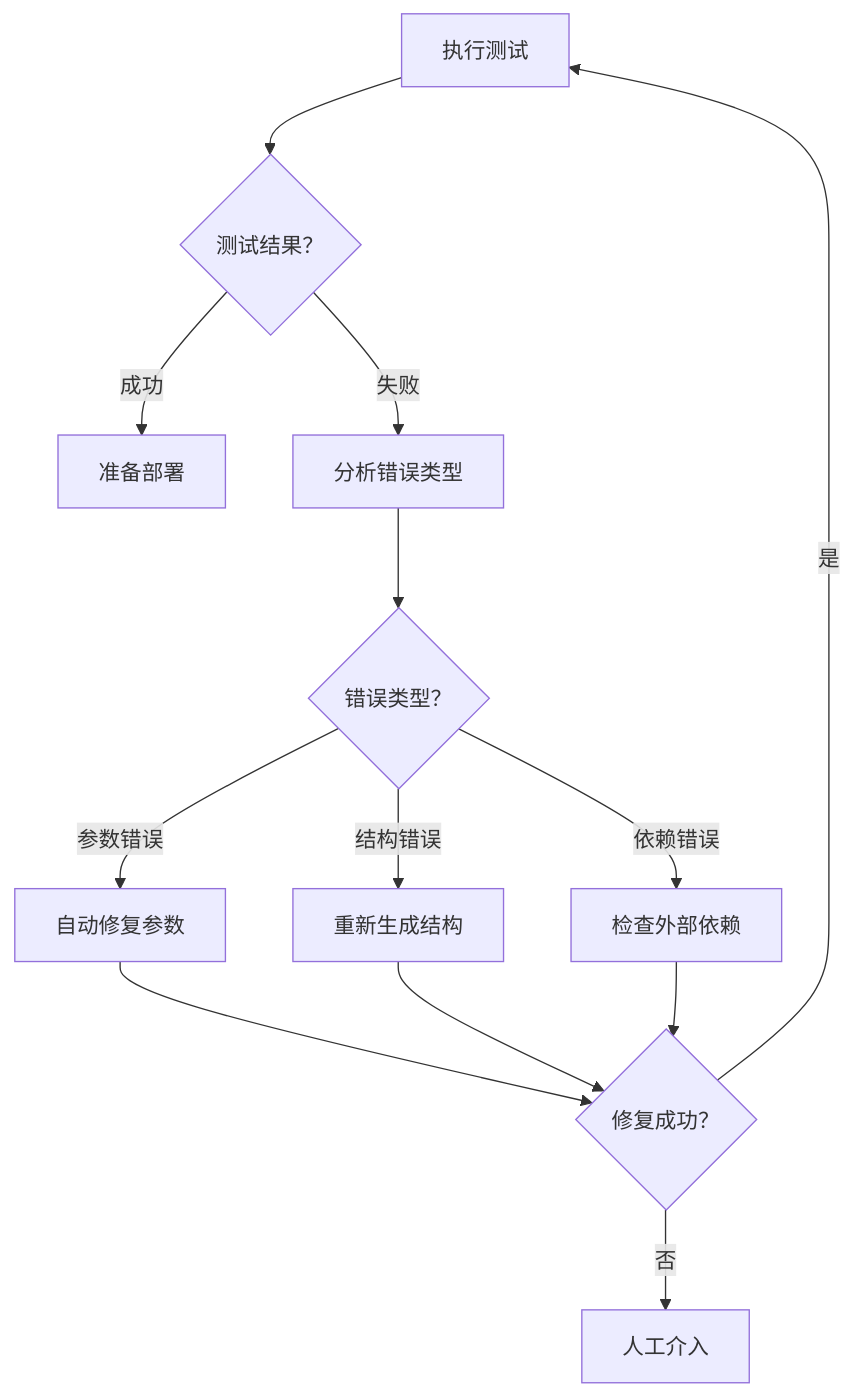
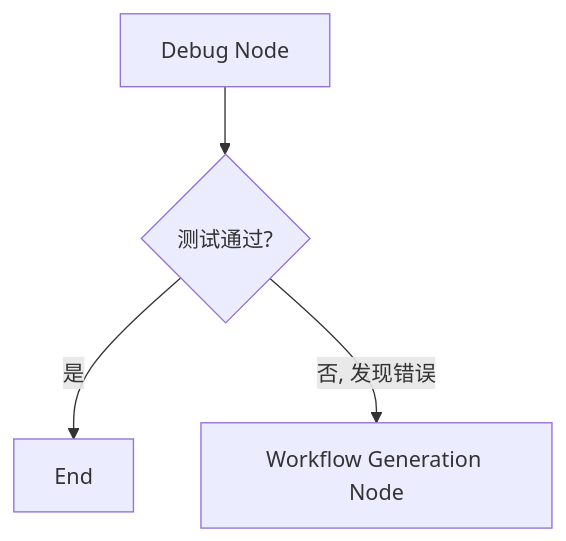
Before and after one commit to CurvatureX/agent_team_monorepo: the fourth of 7 diagrams in docs/tech-design/workflow-agent-architecture.md, drawn with Mermaid. The commit also changed other lines of this file, not shown here.

Commit message:
update architecture design

````diff
--- a/docs/tech-design/workflow-agent-architecture.md
+++ b/docs/tech-design/workflow-agent-architecture.md
@@ -492,15 +108,6 @@
 ```mermaid
 graph TD
-    A[执行测试] --> B{测试结果？}
-    B -->|成功| C[准备部署]
-    B -->|失败| D[分析错误类型]
-    D --> E{错误类型？}
-    E -->|参数错误| F[自动修复参数]
-    E -->|结构错误| G[重新生成结构]
-    E -->|依赖错误| H[检查外部依赖]
-    F --> I{修复成功？}
-    G --> I
-    H --> I
-    I -->|是| A
-    I -->|否| J[人工介入]
+    A[Debug Node] --> B{测试通过?}
+    B -->|是| C[End]
+    B -->|否, 发现错误| D[Workflow Generation Node]
 ```
````
